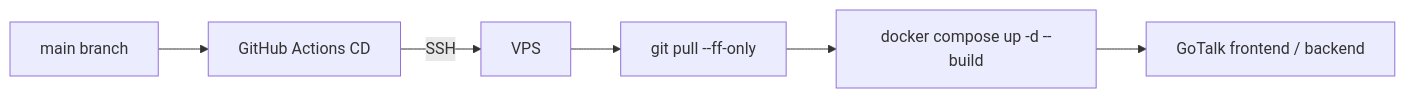
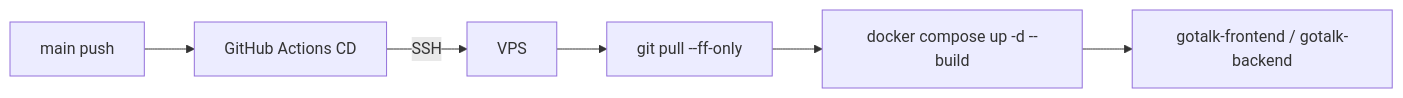
One commit to shin-arita/gotalk changed the diagram in docs/infrastructure.md. Above: the diagram before and after it, drawn with Mermaid. The commit also changed other lines of this file and 5 other files, not shown here.

````diff
--- a/docs/infrastructure.md
+++ b/docs/infrastructure.md
@@ -44,8 +57,8 @@
 ```mermaid
 flowchart LR
-  Main[main branch] --> Actions[GitHub Actions CD]
+  Main[main push] --> Actions[GitHub Actions CD]
   Actions -->|SSH| VPS[VPS]
   VPS --> Pull[git pull --ff-only]
   Pull --> Compose[docker compose up -d --build]
-  Compose --> App[GoTalk frontend / backend]
+  Compose --> App[gotalk-frontend / gotalk-backend]
 ```
````
